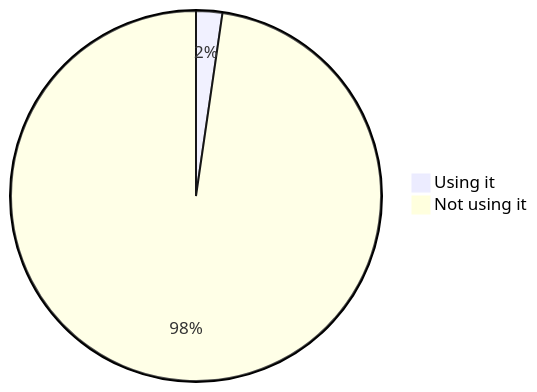
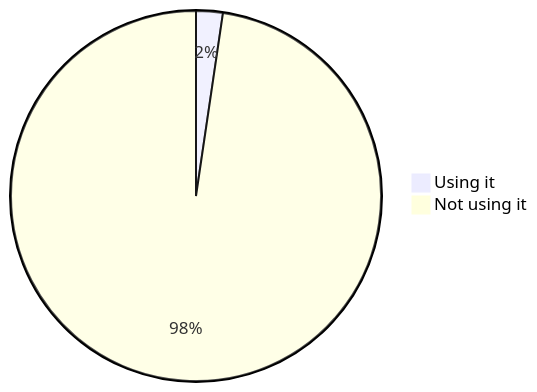
One commit to oshp/oshp-stats changed the seventh of 22 diagrams in stats.md. Above: the diagram before and after it, drawn with Mermaid. The commit also changed other lines of this file, not shown here.

````diff
--- a/stats.md
+++ b/stats.md
@@ -82,6 +82,6 @@
 ```mermaid
 pie
-	"Using it" : 2.29
-	"Not using it" : 97.71
+	"Using it" : 2.33
+	"Not using it" : 97.67
 
 ```
````
